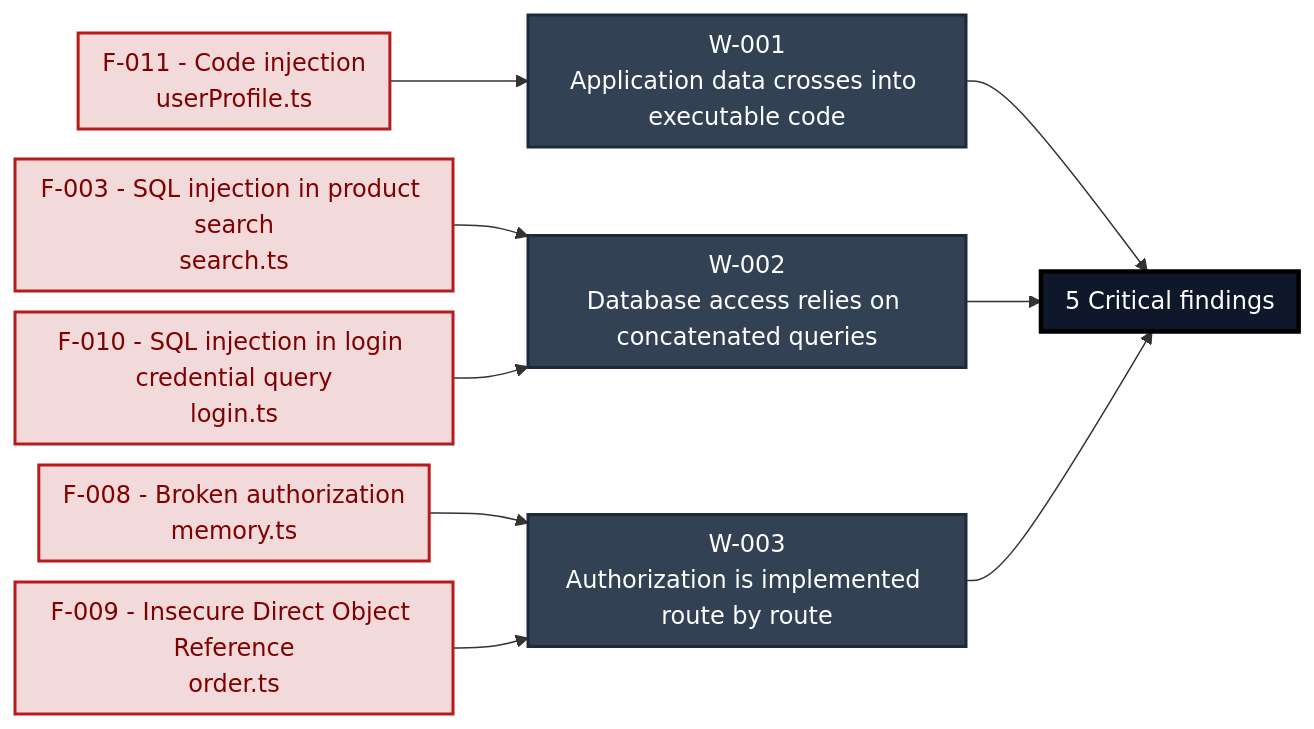
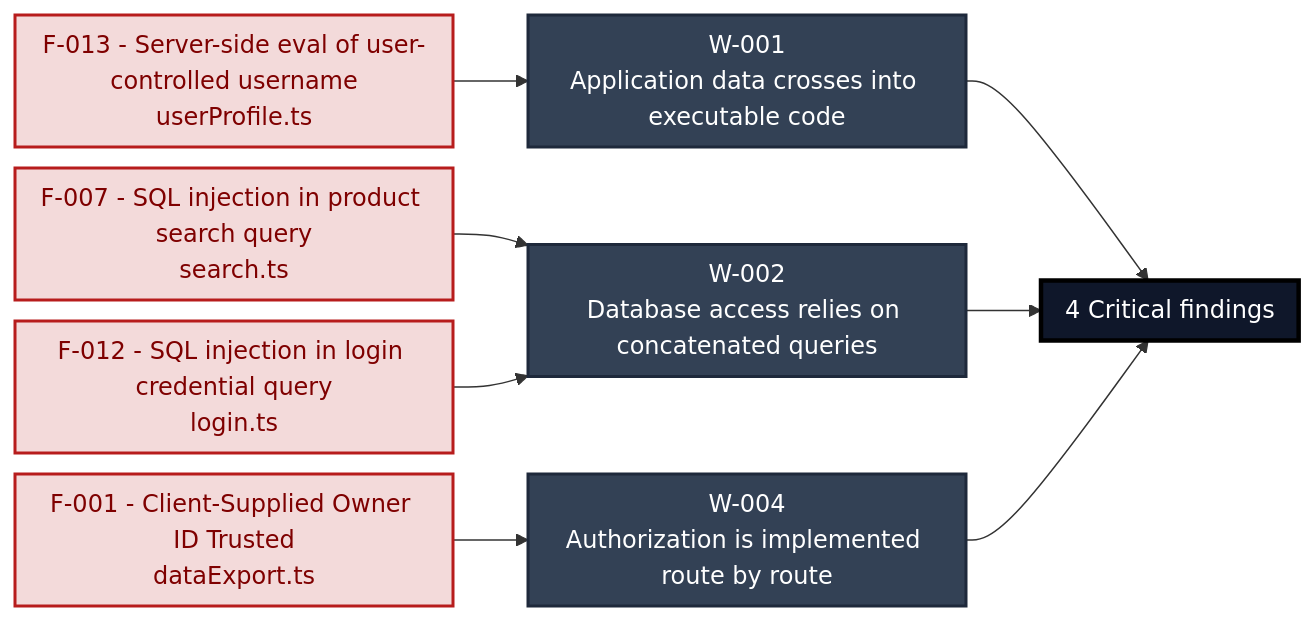
One commit to appsec-foundry/appsec-analyzer-examples changed the first of 3 diagrams in juice-shop/security-assessment-juice-shop-quick-v0.1.0.md. Above: the diagram before and after it, drawn with Mermaid. The commit also changed other lines of this file and 15 other files, not shown here.

````diff
--- a/juice-shop/security-assessment-juice-shop-quick-v0.1.0.md
+++ b/juice-shop/security-assessment-juice-shop-quick-v0.1.0.md
@@ -221,29 +230,27 @@
 ```mermaid
 %%{init: {"flowchart": {"nodeSpacing": 14, "rankSpacing": 50, "padding": 8, "wrappingWidth": 260}}}%%
 graph LR
-    GOAL["5 Critical findings"]:::goal
+    GOAL["4 Critical findings"]:::goal
     W001["W-001<br/>Application data crosses into executable code"]:::rootcause
-    T011["F-011 - Code injection<br/>userProfile.ts"]:::leaf
+    T013["F-013 - Server-side eval of user-controlled username<br/>userProfile.ts"]:::leaf
     W002["W-002<br/>Database access relies on concatenated queries"]:::rootcause
-    T003["F-003 - SQL injection in product search<br/>search.ts"]:::leaf
-    T010["F-010 - SQL injection in login credential query<br/>login.ts"]:::leaf
-    W003["W-003<br/>Authorization is implemented route by route"]:::rootcause
-    T008["F-008 - Broken authorization<br/>memory.ts"]:::leaf
-    T009["F-009 - Insecure Direct Object Reference<br/>order.ts"]:::leaf
+    T007["F-007 - SQL injection in product search query<br/>search.ts"]:::leaf
+    T012["F-012 - SQL injection in login credential query<br/>login.ts"]:::leaf
+    W004["W-004<br/>Authorization is implemented route by route"]:::rootcause
+    T001["F-001 - Client-Supplied Owner ID Trusted<br/>dataExport.ts"]:::leaf
 
     W001 --> GOAL
-    T011 --> W001
+    T013 --> W001
     W002 --> GOAL
-    T003 --> W002
-    T010 --> W002
-    W003 --> GOAL
-    T008 --> W003
-    T009 --> W003
+    T007 --> W002
+    T012 --> W002
+    W004 --> GOAL
+    T001 --> W004
 
     classDef goal fill:#0f172a,stroke:#000,color:#fff,stroke-width:3px
     classDef and_node fill:#334155,stroke:#1e293b,color:#fff,stroke-width:2px
     classDef or_node fill:#64748b,stroke:#334155,color:#fff,stroke-width:2px
     classDef leaf fill:#f3dada,stroke:#b71c1c,color:#7f0000,stroke-width:2px
     classDef rootcause fill:#334155,stroke:#1e293b,color:#fff,stroke-width:2px
     classDef unassigned fill:#f8fafc,stroke:#94a3b8,color:#334155,stroke-dasharray:4 3
 ```
````
